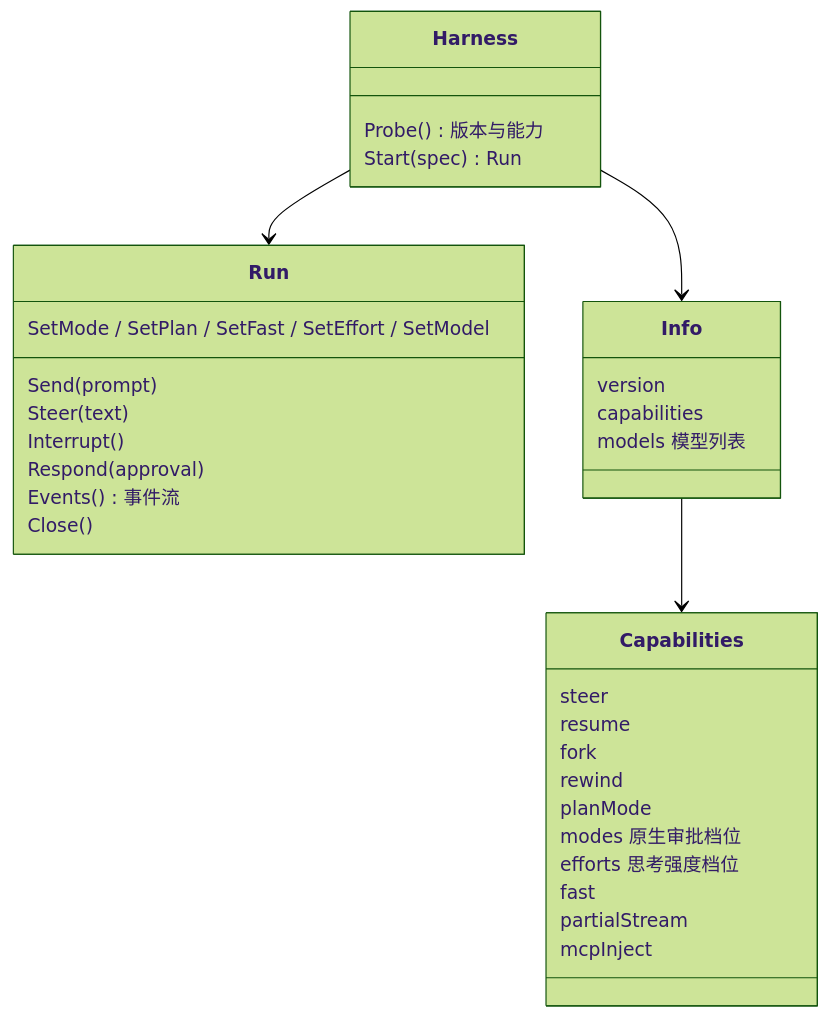
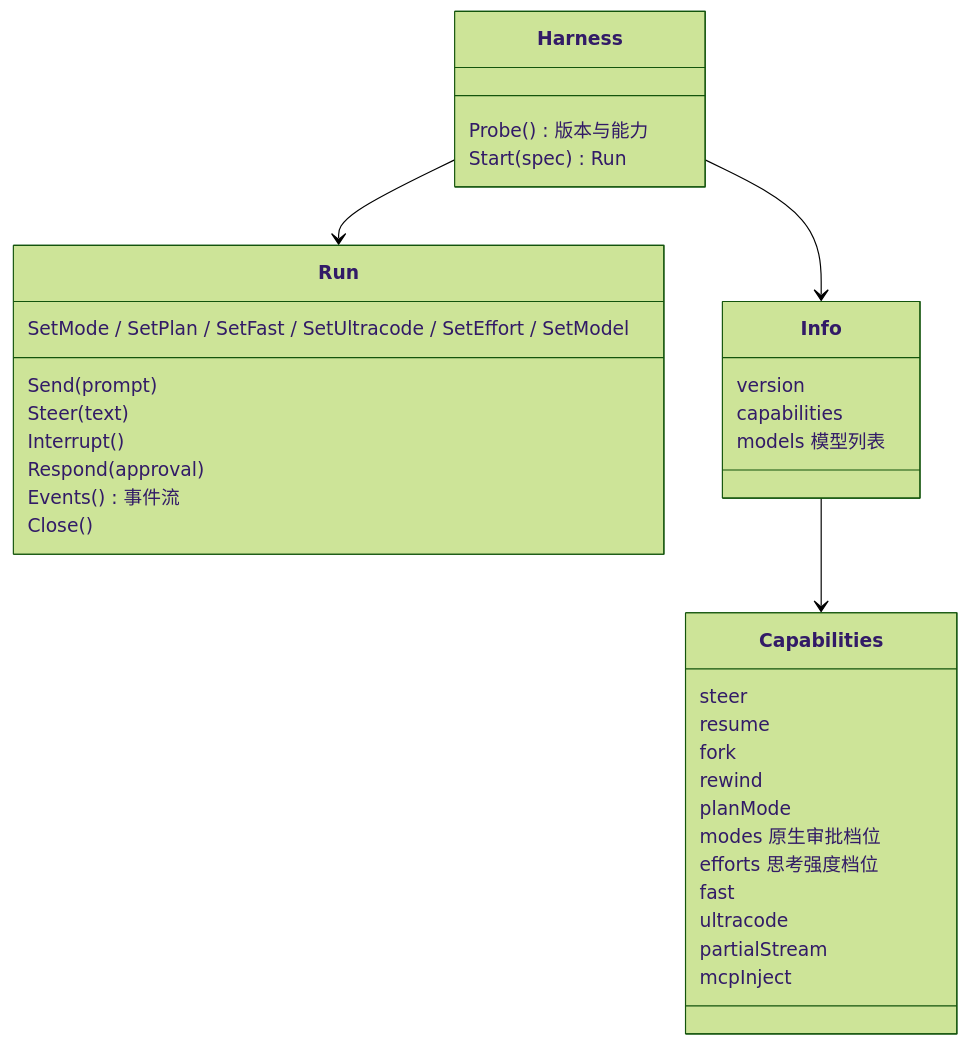
Before and after one commit to yangflow/hoplet: the diagram in docs/design/0003-agent-driving.md, drawn with Mermaid (forest theme). The commit also changed other lines of this file and 38 other files, not shown here.

````diff
--- a/docs/design/0003-agent-driving.md
+++ b/docs/design/0003-agent-driving.md
@@ -45,36 +45,37 @@
 ```mermaid
 classDiagram
     class Harness {
         Probe() 版本与能力
         Start(spec) Run
     }
     class Run {
         Send(prompt)
         Steer(text)
         Interrupt()
         Respond(approval)
-        SetMode / SetPlan / SetFast / SetEffort / SetModel
+        SetMode / SetPlan / SetFast / SetUltracode / SetEffort / SetModel
         Events() 事件流
         Close()
     }
     class Capabilities {
         steer
         resume
         fork
         rewind
         planMode
         modes 原生审批档位
         efforts 思考强度档位
         fast
+        ultracode
         partialStream
         mcpInject
     }
     class Info {
         version
         capabilities
         models 模型列表
     }
     Harness --> Run
     Harness --> Info
     Info --> Capabilities
 ```
````
